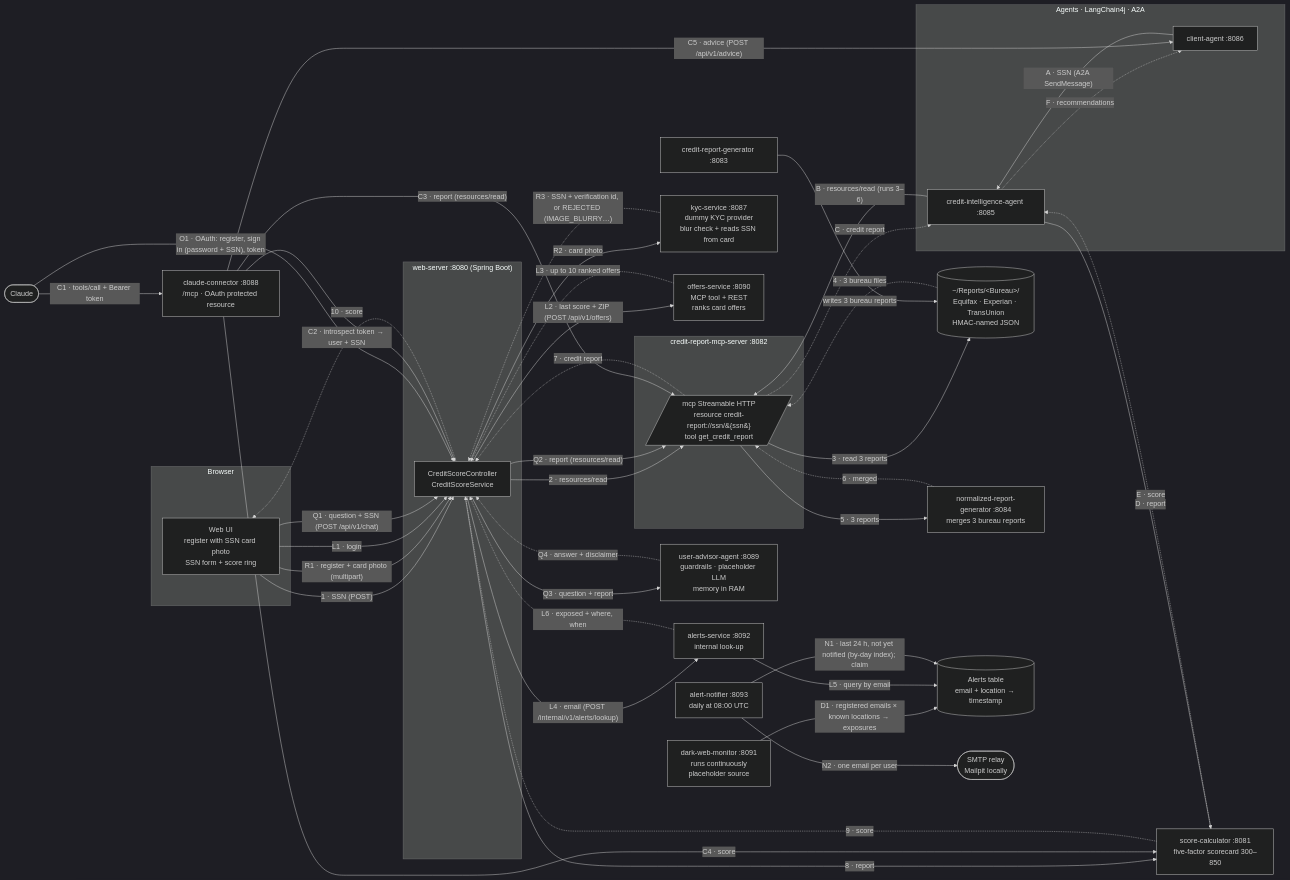
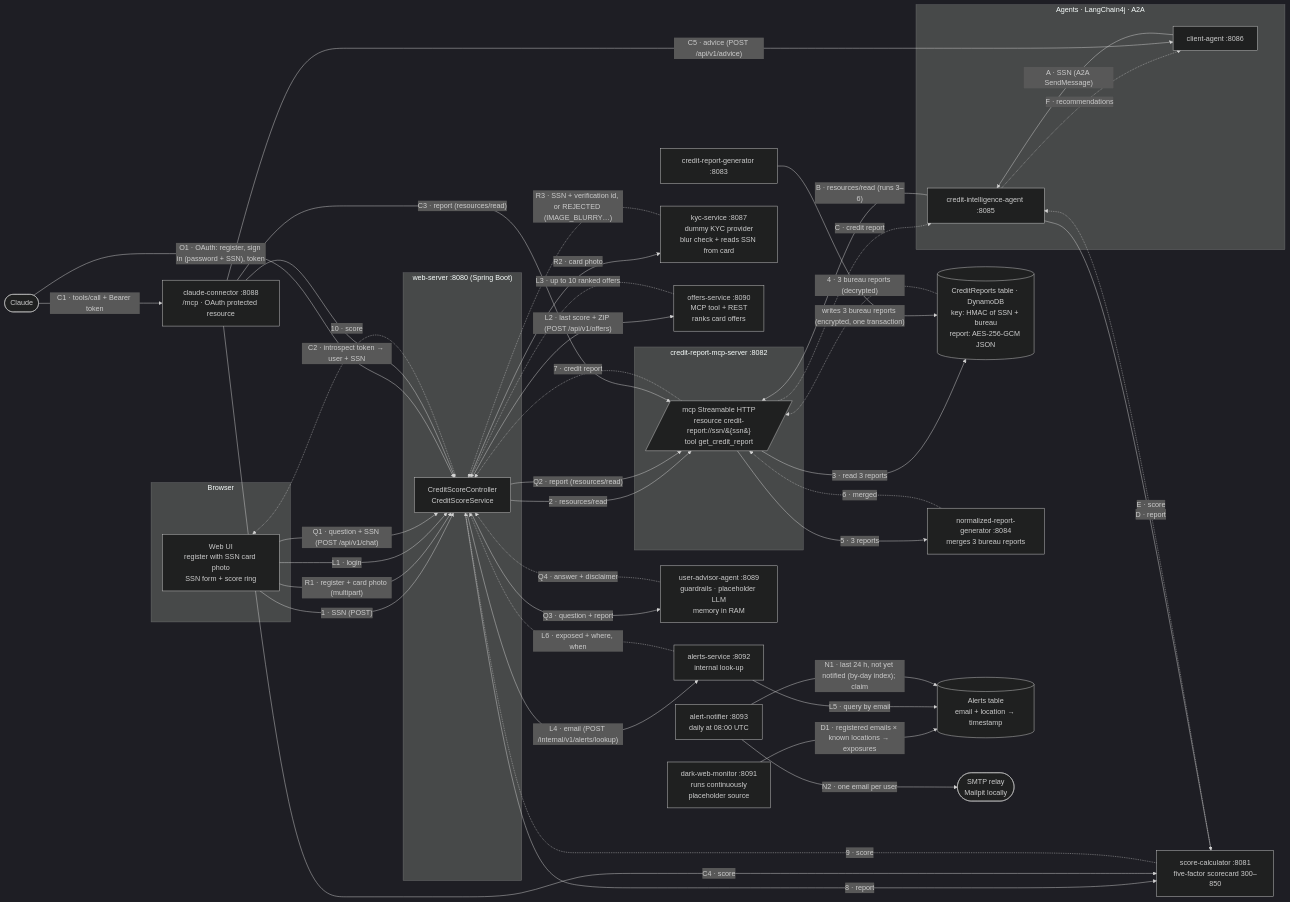
Before and after one commit to manojkhanwalkar/creditagent: the first of 7 diagrams in docs/architecture.md, drawn with Mermaid (dark theme). The commit also changed other lines of this file and 52 other files, not shown here.

First line of the commit message:
Store credit reports encrypted in the CreditReports DynamoDB table (#22)

````diff
--- a/docs/architecture.md
+++ b/docs/architecture.md
@@ -5,70 +5,70 @@
 ```mermaid
 flowchart LR
     subgraph Browser
         UI[Web UI<br/>register with SSN card photo<br/>SSN form + score ring]
     end
     subgraph Web["web-server :8080 (Spring Boot)"]
         WS[CreditScoreController<br/>CreditScoreService]
     end
     subgraph MCP["credit-report-mcp-server :8082"]
         M[/mcp Streamable HTTP<br/>resource credit-report://ssn/&#123;ssn&#125;<br/>tool get_credit_report/]
     end
-    FS[(~/Reports/&lt;Bureau&gt;/<br/>Equifax · Experian · TransUnion<br/>HMAC-named JSON)]
+    FS[(CreditReports table · DynamoDB<br/>key: HMAC of SSN + bureau<br/>report: AES-256-GCM JSON)]
     NRG[normalized-report-generator :8084<br/>merges 3 bureau reports]
     GEN[credit-report-generator :8083]
     SC[score-calculator :8081<br/>five-factor scorecard 300–850]
     KYC[kyc-service :8087<br/>dummy KYC provider<br/>blur check + reads SSN from card]
     subgraph Agents["Agents · LangChain4j · A2A"]
         CA[client-agent :8086]
         CIA[credit-intelligence-agent :8085]
     end
     OFS[offers-service :8090<br/>MCP tool + REST<br/>ranks card offers]
     DWM[dark-web-monitor :8091<br/>runs continuously<br/>placeholder source]
     AT[(Alerts table<br/>email + location → timestamp)]
     ALS[alerts-service :8092<br/>internal look-up]
     AN[alert-notifier :8093<br/>daily at 08:00 UTC]
     MAIL([SMTP relay<br/>Mailpit locally])
     UAA[user-advisor-agent :8089<br/>guardrails · placeholder LLM<br/>memory in RAM]
     CL([Claude])
     CC[claude-connector :8088<br/>/mcp · OAuth protected resource]
 
     UI -- "1 · SSN (POST)" --> WS
     WS -- "2 · resources/read" --> M
     M -- "3 · read 3 reports" --> FS
-    FS -. "4 · 3 bureau files" .-> M
+    FS -. "4 · 3 bureau reports (decrypted)" .-> M
     M -- "5 · 3 reports" --> NRG
     NRG -. "6 · merged" .-> M
     M -. "7 · credit report" .-> WS
     WS -- "8 · report" --> SC
     SC -. "9 · score" .-> WS
     WS -. "10 · score" .-> UI
-    GEN -- "writes 3 bureau reports" --> FS
+    GEN -- "writes 3 bureau reports (encrypted, one transaction)" --> FS
     UI -- "R1 · register + card photo (multipart)" --> WS
     WS -- "R2 · card photo" --> KYC
     KYC -. "R3 · SSN + verification id, or REJECTED (IMAGE_BLURRY…)" .-> WS
     CA -- "A · SSN (A2A SendMessage)" --> CIA
     CIA -- "B · resources/read (runs 3–6)" --> M
     M -. "C · credit report" .-> CIA
     CIA -- "D · report" --> SC
     SC -. "E · score" .-> CIA
     CIA -. "F · recommendations" .-> CA
     UI -- "L1 · login" --> WS
     WS -- "L2 · last score + ZIP (POST /api/v1/offers)" --> OFS
     OFS -. "L3 · up to 10 ranked offers" .-> WS
     DWM -- "D1 · registered emails × known locations → exposures" --> AT
     WS -- "L4 · email (POST /internal/v1/alerts/lookup)" --> ALS
     ALS -- "L5 · query by email" --> AT
     ALS -. "L6 · exposed + where, when" .-> WS
     AN -- "N1 · last 24 h, not yet notified (by-day index); claim" --> AT
     AN -- "N2 · one email per user" --> MAIL
     UI -- "Q1 · question + SSN (POST /api/v1/chat)" --> WS
     WS -- "Q2 · report (resources/read)" --> M
     WS -- "Q3 · question + report" --> UAA
     UAA -. "Q4 · answer + disclaimer" .-> WS
     CL -- "O1 · OAuth: register, sign in (password + SSN), token" --> WS
     CL -- "C1 · tools/call + Bearer token" --> CC
     CC -- "C2 · introspect token → user + SSN" --> WS
     CC -- "C3 · report (resources/read)" --> M
     CC -- "C4 · score" --> SC
     CC -- "C5 · advice (POST /api/v1/advice)" --> CA
 ```
````
